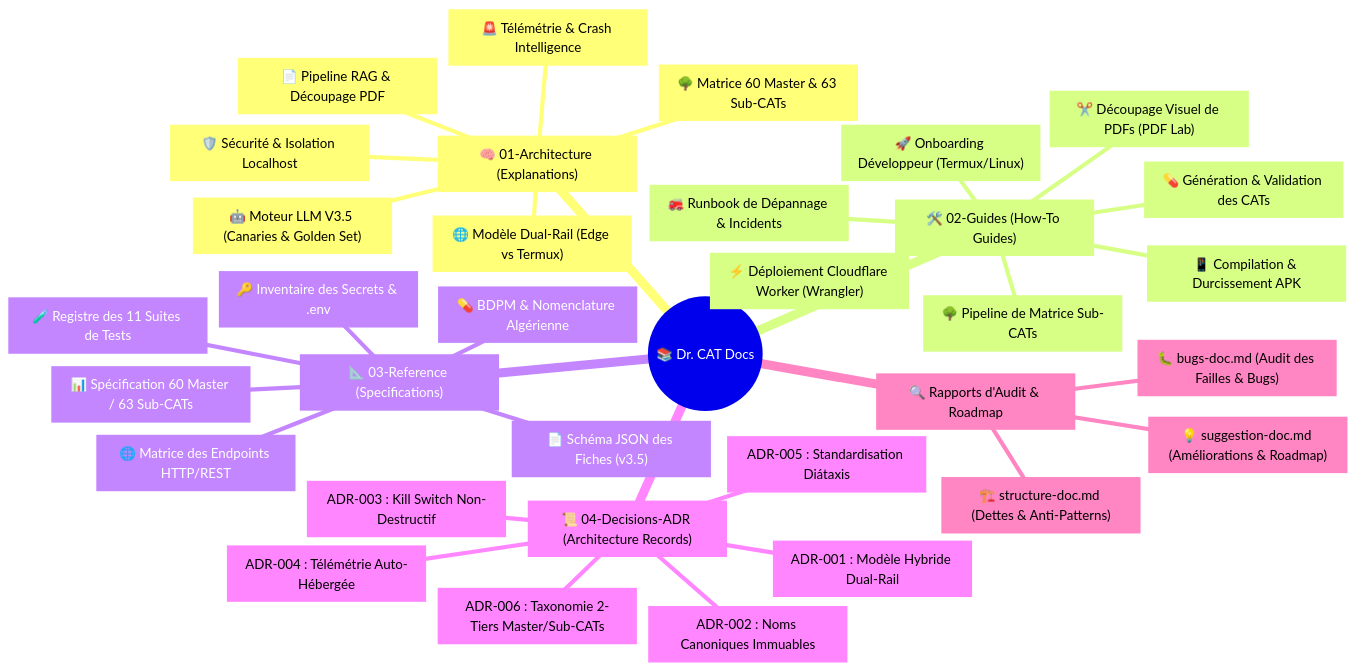
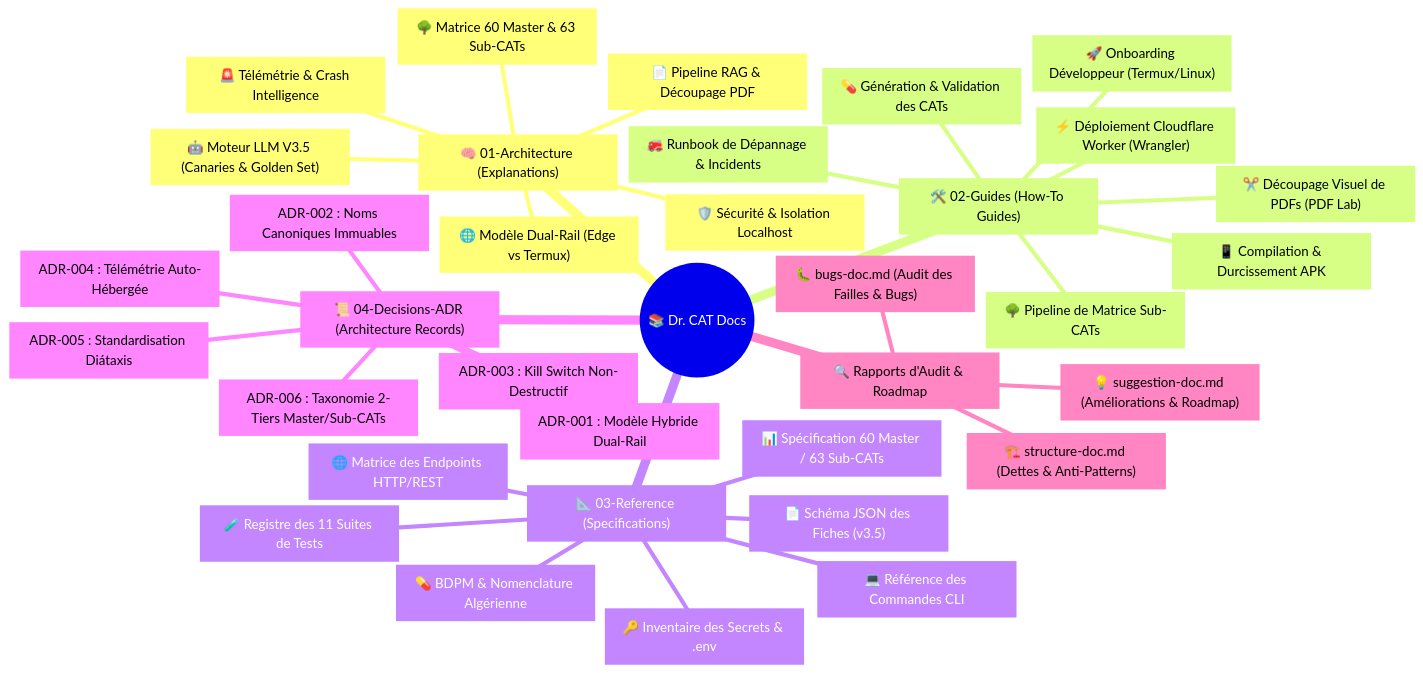
One commit to iillaa/med changed the diagram in docs/README.md. Above: the diagram before and after it, drawn with Mermaid. The commit also changed other lines of this file and 38 other files, not shown here.

````diff
--- a/docs/README.md
+++ b/docs/README.md
@@ -12,37 +12,38 @@
 ```mermaid
 mindmap
   root((📚 Dr. CAT Docs))
     01-Architecture["🧠 01-Architecture (Explanations)"]
       DualRail["🌐 Modèle Dual-Rail (Edge vs Termux)"]
       Security["🛡️ Sécurité & Isolation Localhost"]
       PDFRAG["📄 Pipeline RAG & Découpage PDF"]
       LLMEngine["🤖 Moteur LLM V3.5 (Canaries & Golden Set)"]
       SubCATs["🌳 Matrice 60 Master & 63 Sub-CATs"]
       Telemetry["🚨 Télémétrie & Crash Intelligence"]
     02-Guides["🛠️ 02-Guides (How-To Guides)"]
       Onboarding["🚀 Onboarding Développeur (Termux/Linux)"]
       GenCATs["💊 Génération & Validation des CATs"]
       Slicing["✂️ Découpage Visuel de PDFs (PDF Lab)"]
       APKBuild["📱 Compilation & Durcissement APK"]
       Cloudflare["⚡ Déploiement Cloudflare Worker (Wrangler)"]
       SubCATsPipe["🌳 Pipeline de Matrice Sub-CATs"]
       Runbook["🚒 Runbook de Dépannage & Incidents"]
     03-Reference["📐 03-Reference (Specifications)"]
       Schema["📄 Schéma JSON des Fiches (v3.5)"]
+      CLICommands["💻 Référence des Commandes CLI"]
       MatrixSpec["📊 Spécification 60 Master / 63 Sub-CATs"]
       APIMatrix["🌐 Matrice des Endpoints HTTP/REST"]
       Secrets["🔑 Inventaire des Secrets & .env"]
       TestLedger["🧪 Registre des 11 Suites de Tests"]
       Pharma["💊 BDPM & Nomenclature Algérienne"]
     04-ADRs["📜 04-Decisions-ADR (Architecture Records)"]
       ADR001["ADR-001 : Modèle Hybride Dual-Rail"]
       ADR002["ADR-002 : Noms Canoniques Immuables"]
       ADR003["ADR-003 : Kill Switch Non-Destructif"]
       ADR004["ADR-004 : Télémétrie Auto-Hébergée"]
       ADR005["ADR-005 : Standardisation Diátaxis"]
       ADR006["ADR-006 : Taxonomie 2-Tiers Master/Sub-CATs"]
     AuditReports["🔍 Rapports d'Audit & Roadmap"]
       BugsDoc["🐛 bugs-doc.md (Audit des Failles & Bugs)"]
       StructureDoc["🏗️ structure-doc.md (Dettes & Anti-Patterns)"]
       SuggestionDoc["💡 suggestion-doc.md (Améliorations & Roadmap)"]
 ```
````
